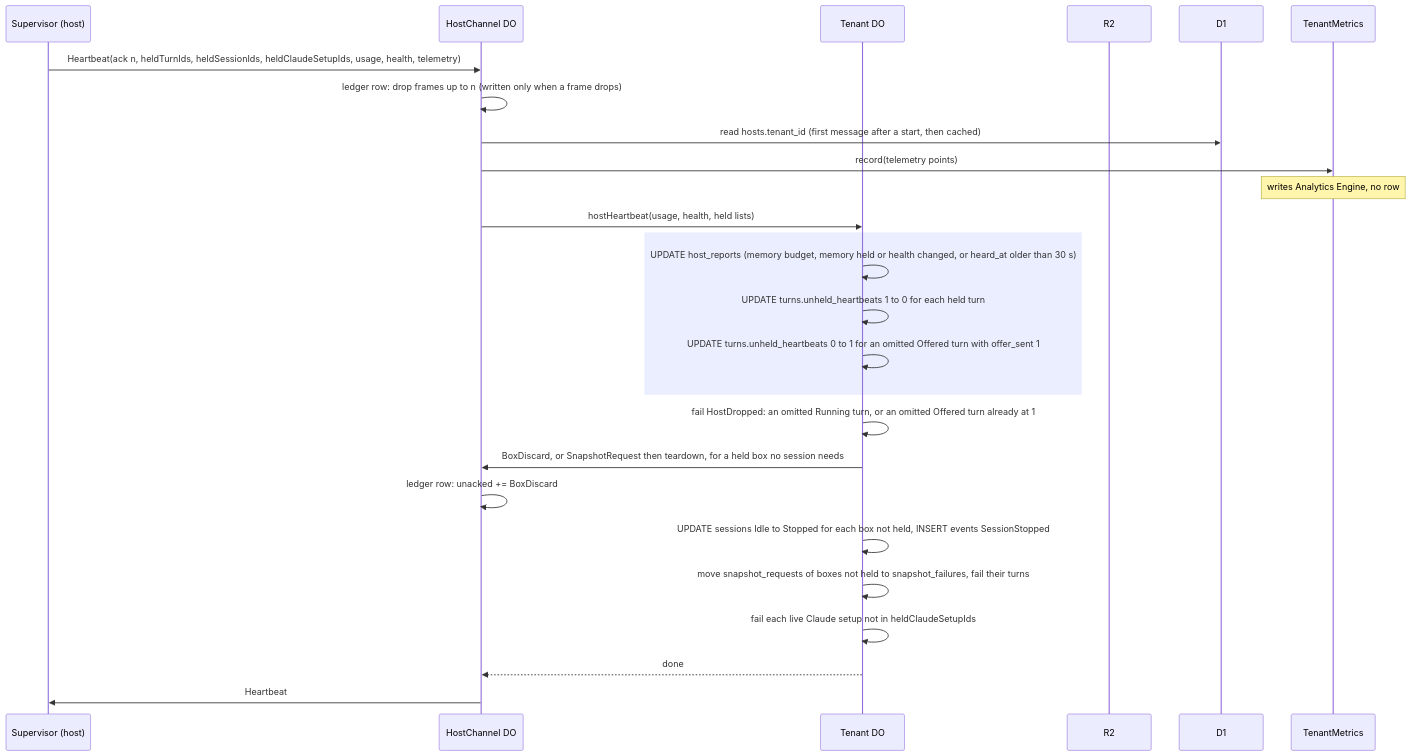
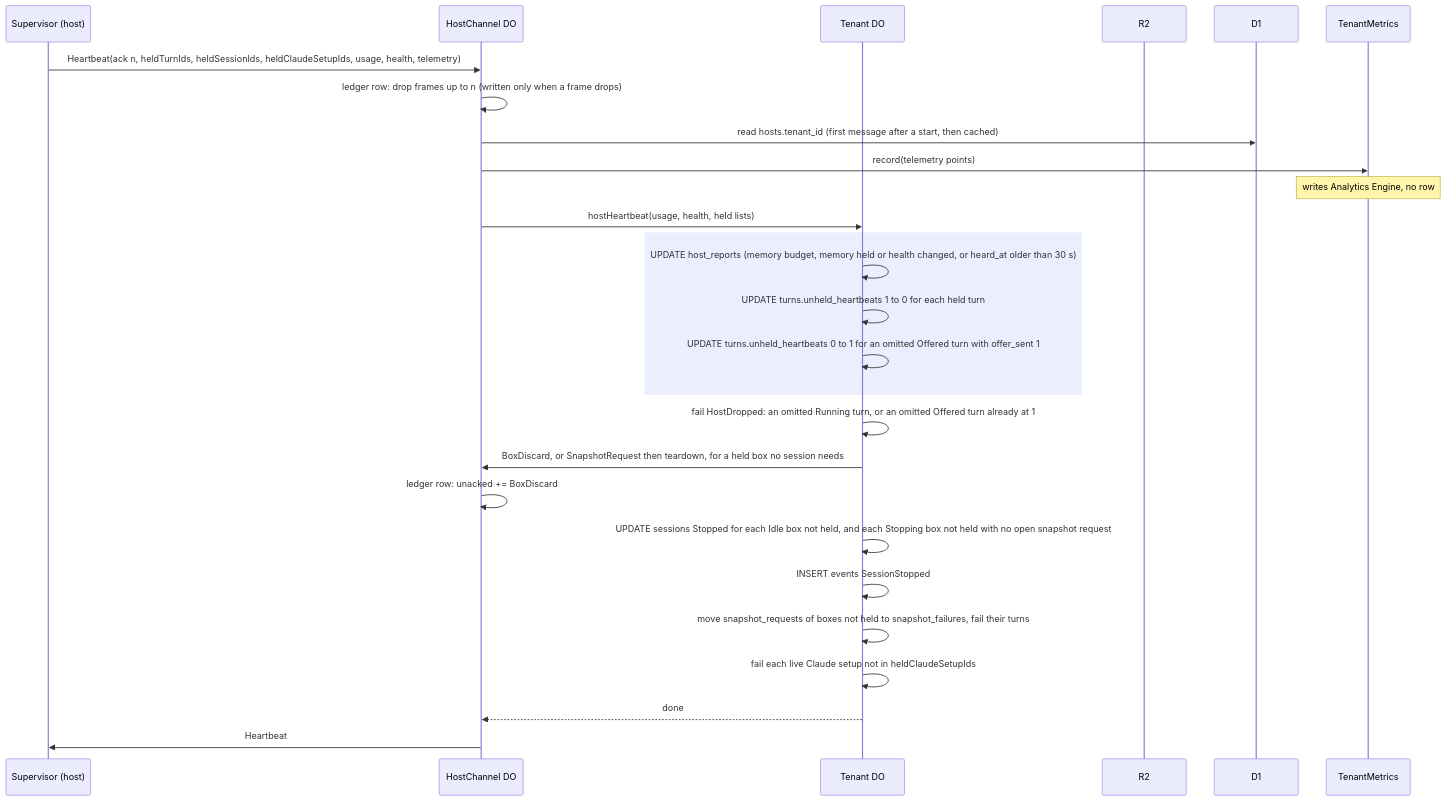
One commit to tumpel/protocol changed the second of 11 diagrams in doc/RFC/RFC-TUM-HostSequences.md. Above: the diagram before and after it, drawn with Mermaid. The commit also changed other lines of this file, not shown here.

Commit message:
docs(rfc): settle a stopping box on the heartbeat that omits it

````diff
--- a/doc/RFC/RFC-TUM-HostSequences.md
+++ b/doc/RFC/RFC-TUM-HostSequences.md
@@ -80,28 +80,29 @@
 ```mermaid
 sequenceDiagram
   participant S as Supervisor (host)
   participant H as HostChannel DO
   participant T as Tenant DO
   participant R as R2
   participant D as D1
   participant M as TenantMetrics
   S->>H: Heartbeat(ack n, heldTurnIds, heldSessionIds, heldClaudeSetupIds, usage, health, telemetry)
   H->>H: ledger row: drop frames up to n (written only when a frame drops)
   H->>D: read hosts.tenant_id (first message after a start, then cached)
   H->>M: record(telemetry points)
   Note over M: writes Analytics Engine, no row
   H->>T: hostHeartbeat(usage, health, held lists)
   rect rgba(120, 140, 255, 0.15)
     T->>T: UPDATE host_reports (memory budget, memory held or health changed, or heard_at older than 30 s)
     T->>T: UPDATE turns.unheld_heartbeats 1 to 0 for each held turn
     T->>T: UPDATE turns.unheld_heartbeats 0 to 1 for an omitted Offered turn with offer_sent 1
   end
   T->>T: fail HostDropped: an omitted Running turn, or an omitted Offered turn already at 1
   T->>H: BoxDiscard, or SnapshotRequest then teardown, for a held box no session needs
   H->>H: ledger row: unacked += BoxDiscard
-  T->>T: UPDATE sessions Idle to Stopped for each box not held, INSERT events SessionStopped
+  T->>T: UPDATE sessions Stopped for each Idle box not held, and each Stopping box not held with no open snapshot request
+  T->>T: INSERT events SessionStopped
   T->>T: move snapshot_requests of boxes not held to snapshot_failures, fail their turns
   T->>T: fail each live Claude setup not in heldClaudeSetupIds
   T-->>H: done
   H->>S: Heartbeat
 ```
````
